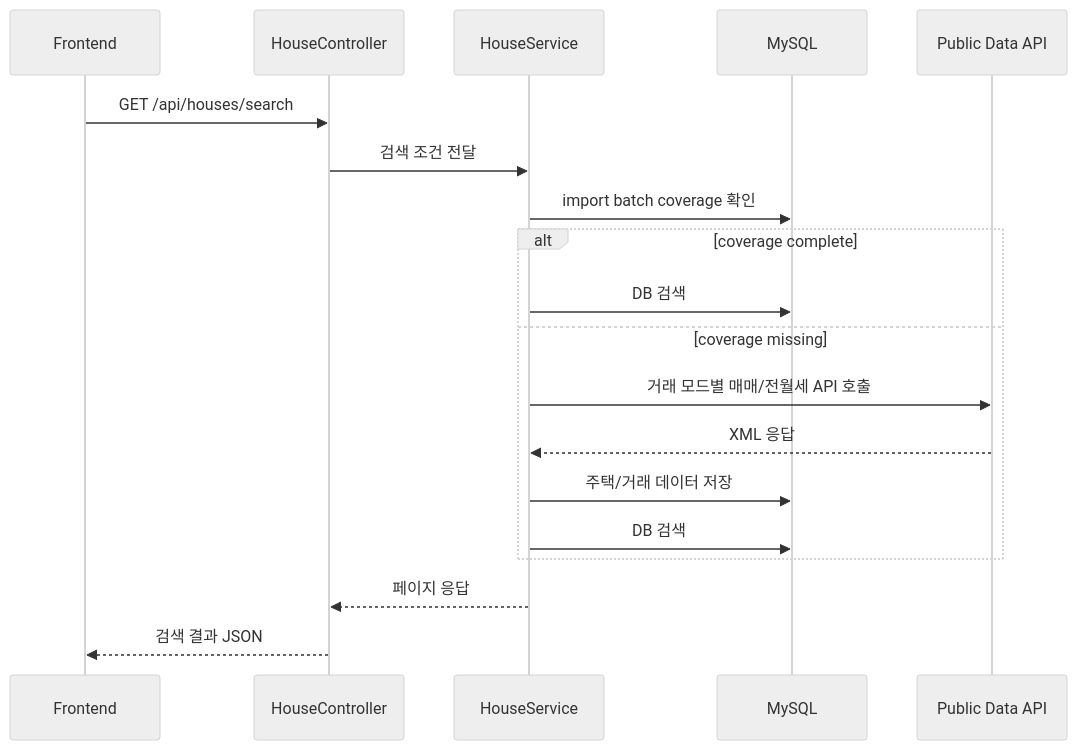
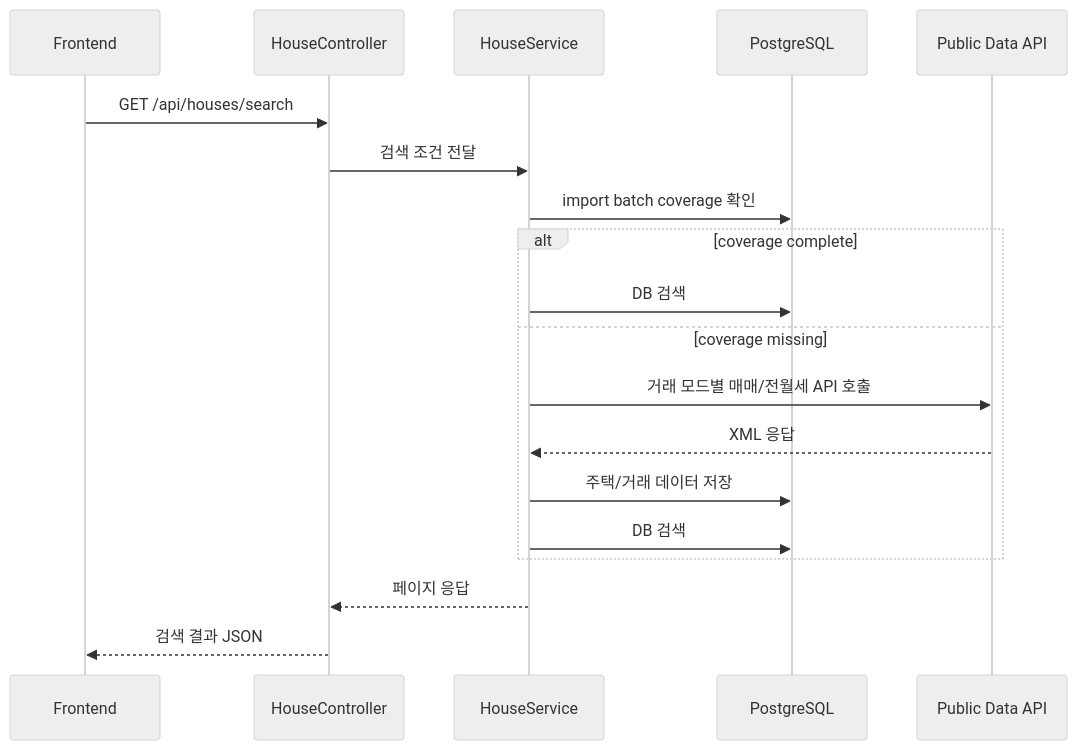
One commit to cmsik1/no-home changed the diagram in Backend/README.md. Above: the diagram before and after it, drawn with Mermaid (neutral theme). The commit also changed other lines of this file and 211 other files, not shown here.

````diff
--- a/Backend/README.md
+++ b/Backend/README.md
@@ -132,24 +139,24 @@
 ```mermaid
 sequenceDiagram
   participant FE as Frontend
   participant HC as HouseController
   participant HS as HouseService
-  participant DB as MySQL
+  participant DB as PostgreSQL
   participant API as Public Data API
 
   FE->>HC: GET /api/houses/search
   HC->>HS: 검색 조건 전달
   HS->>DB: import batch coverage 확인
 
   alt coverage complete
     HS->>DB: DB 검색
   else coverage missing
     HS->>API: 거래 모드별 매매/전월세 API 호출
     API-->>HS: XML 응답
     HS->>DB: 주택/거래 데이터 저장
     HS->>DB: DB 검색
   end
 
   HS-->>HC: 페이지 응답
   HC-->>FE: 검색 결과 JSON
 ```
````
